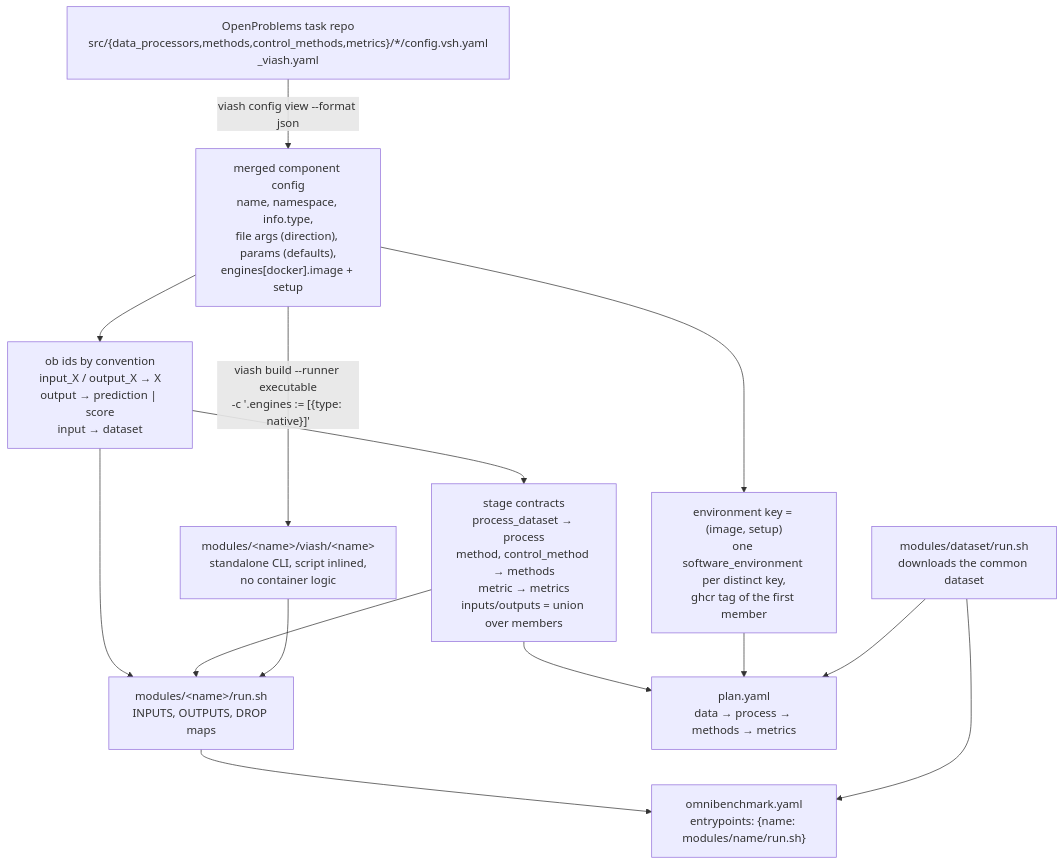
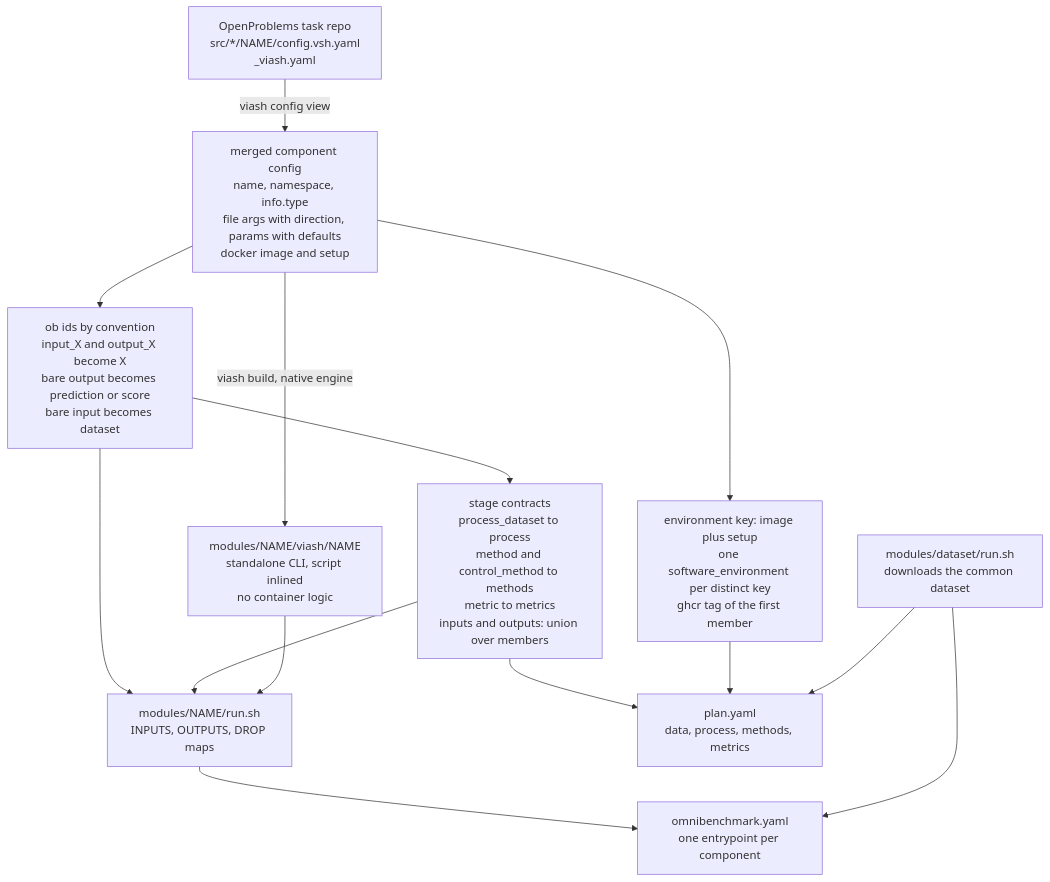
The first of 2 diagrams in doc/design.md (btraven00/omni-label-projection), drawn with Mermaid before and after one commit. The commit also changed other lines of this file, not shown here.

Commit message:
doc: mermaid labels GitHub can parse

````diff
--- a/doc/design.md
+++ b/doc/design.md
@@ -15,17 +15,17 @@
 ```mermaid
 flowchart TD
-    task["OpenProblems task repo<br/>src/{data_processors,methods,control_methods,metrics}/*/config.vsh.yaml<br/>_viash.yaml"]
-    task -->|"viash config view --format json"| cfg["merged component config<br/>name, namespace, info.type,<br/>file args (direction), params (defaults),<br/>engines[docker].image + setup"]
-    cfg --> ids["ob ids by convention<br/>input_X / output_X → X<br/>output → prediction | score<br/>input → dataset"]
-    cfg --> env["environment key = (image, setup)<br/>one software_environment per distinct key,<br/>ghcr tag of the first member"]
-    cfg -->|"viash build --runner executable<br/>-c '.engines := [{type: native}]'"| exe["modules/&lt;name&gt;/viash/&lt;name&gt;<br/>standalone CLI, script inlined,<br/>no container logic"]
-    ids --> stages["stage contracts<br/>process_dataset → process<br/>method, control_method → methods<br/>metric → metrics<br/>inputs/outputs = union over members"]
-    ids --> wrap["modules/&lt;name&gt;/run.sh<br/>INPUTS, OUTPUTS, DROP maps"]
+    task["OpenProblems task repo<br/>src/*/NAME/config.vsh.yaml<br/>_viash.yaml"]
+    task -- "viash config view" --> cfg["merged component config<br/>name, namespace, info.type<br/>file args with direction, params with defaults<br/>docker image and setup"]
+    cfg --> ids["ob ids by convention<br/>input_X and output_X become X<br/>bare output becomes prediction or score<br/>bare input becomes dataset"]
+    cfg --> env["environment key: image plus setup<br/>one software_environment per distinct key<br/>ghcr tag of the first member"]
+    cfg -- "viash build, native engine" --> exe["modules/NAME/viash/NAME<br/>standalone CLI, script inlined<br/>no container logic"]
+    ids --> stages["stage contracts<br/>process_dataset to process<br/>method and control_method to methods<br/>metric to metrics<br/>inputs and outputs: union over members"]
+    ids --> wrap["modules/NAME/run.sh<br/>INPUTS, OUTPUTS, DROP maps"]
     stages --> wrap
     exe --> wrap
-    stages --> plan["plan.yaml<br/>data → process → methods → metrics"]
+    stages --> plan["plan.yaml<br/>data, process, methods, metrics"]
     env --> plan
-    wrap --> entry["omnibenchmark.yaml<br/>entrypoints: {name: modules/name/run.sh}"]
+    wrap --> entry["omnibenchmark.yaml<br/>one entrypoint per component"]
     loader["modules/dataset/run.sh<br/>downloads the common dataset"] --> entry
     loader --> plan
 ```
````
